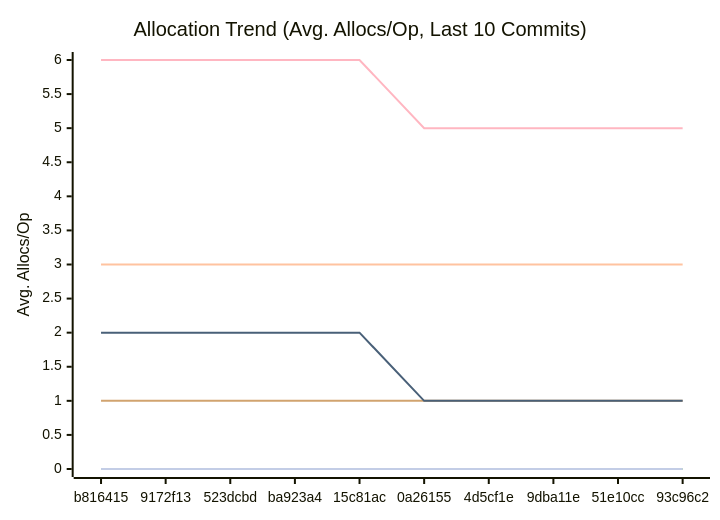
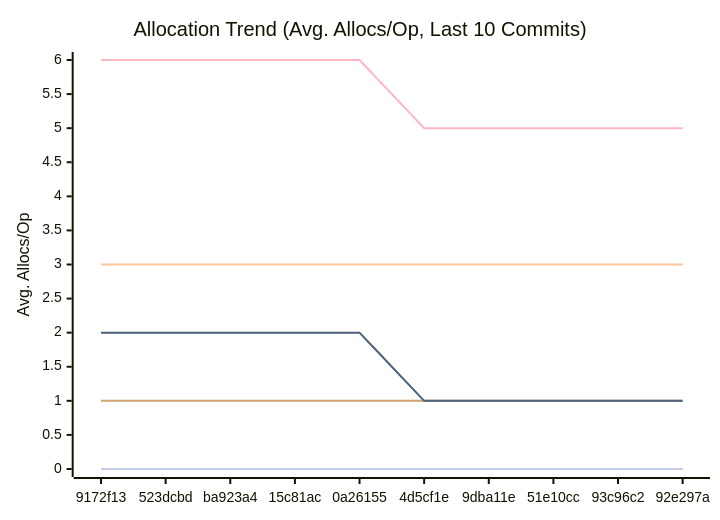
The third of 3 diagrams in docs/PERFORMANCE.md (alsotoes/momo), drawn with Mermaid before and after one commit. The commit also changed other lines of this file and 2 other files, not shown here.

````diff
--- a/docs/PERFORMANCE.md
+++ b/docs/PERFORMANCE.md
@@ -114,16 +114,16 @@
 ```mermaid
 xychart-beta
     title "Allocation Trend (Avg. Allocs/Op, Last 10 Commits)"
     x-axis "Commit"
     y-axis "Avg. Allocs/Op"
-    x-axis [b816415,9172f13,523dcbd,ba923a4,15c81ac,0a26155,4d5cf1e,9dba11e,51e10cc,93c96c2]
+    x-axis [9172f13,523dcbd,ba923a4,15c81ac,0a26155,4d5cf1e,9dba11e,51e10cc,93c96c2,92e297a]
     line "CheckMetricsAndSwap" [0,0,0,0,0,0,0,0,0,0]
     line "CrushOptimized" [0,0,0,0,0,0,0,0,0,0]
     line "CrushOriginal" [3,3,3,3,3,3,3,3,3,3]
     line "IndexDirectTracking" [0,0,0,0,0,0,0,0,0,0]
     line "IndexSearch" [0,0,0,0,0,0,0,0,0,0]
     line "LoadGlobalConfig" [1,1,1,1,1,1,1,1,1,1]
     line "PadString" [0,0,0,0,0,0,0,0,0,0]
     line "ParseReplicationOrder_NoPrealloc" [6,6,6,6,6,5,5,5,5,5]
     line "ParseReplicationOrder_Prealloc" [2,2,2,2,2,1,1,1,1,1]
 ```
````
